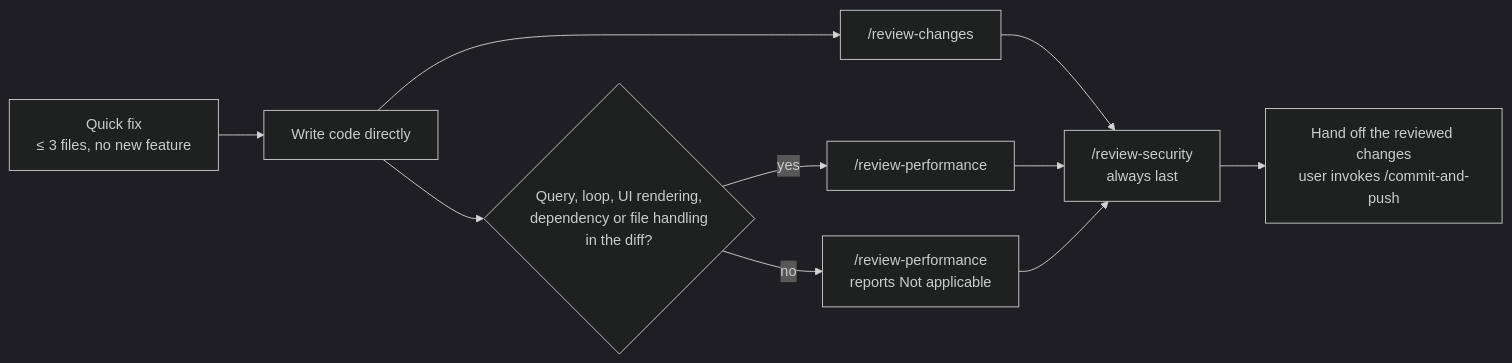
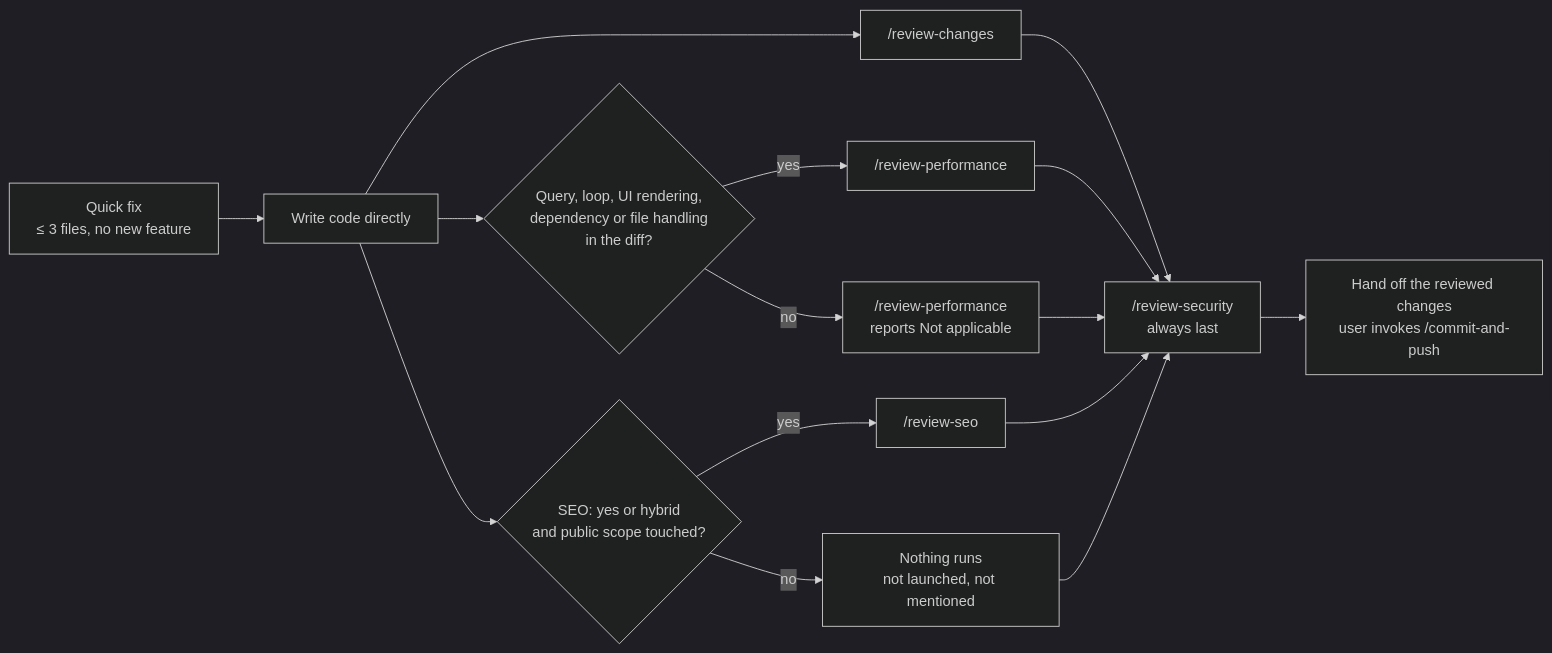
The third of 6 diagrams in README.md (the-blue-coder/agentic-starter), drawn with Mermaid (dark theme) before and after one commit. The commit also changed other lines of this file and 39 other files, not shown here.

Commit message:
add seo review and conventions, frankenphp, phpstan ci and pnpm rules

````diff
--- a/README.md
+++ b/README.md
@@ -190,12 +192,17 @@
 ```mermaid
 flowchart LR
   fix["Quick fix<br/>≤ 3 files, no new feature"] --> code["Write code directly"]
   code --> changes["/review-changes"]
   code --> perf{"Query, loop, UI rendering,<br/>dependency or file handling<br/>in the diff?"}
   perf -- yes --> performance["/review-performance"]
   perf -- no --> na["/review-performance<br/>reports Not applicable"]
+  code --> seo{"SEO: yes or hybrid<br/>and public scope touched?"}
+  seo -- yes --> seoreview["/review-seo"]
+  seo -- no --> seona["Nothing runs<br/>not launched, not mentioned"]
   changes --> security["/review-security<br/>always last"]
   performance --> security
   na --> security
+  seoreview --> security
+  seona --> security
   security --> handoff["Hand off the reviewed changes<br/>user invokes /commit-and-push"]
 ```
````
